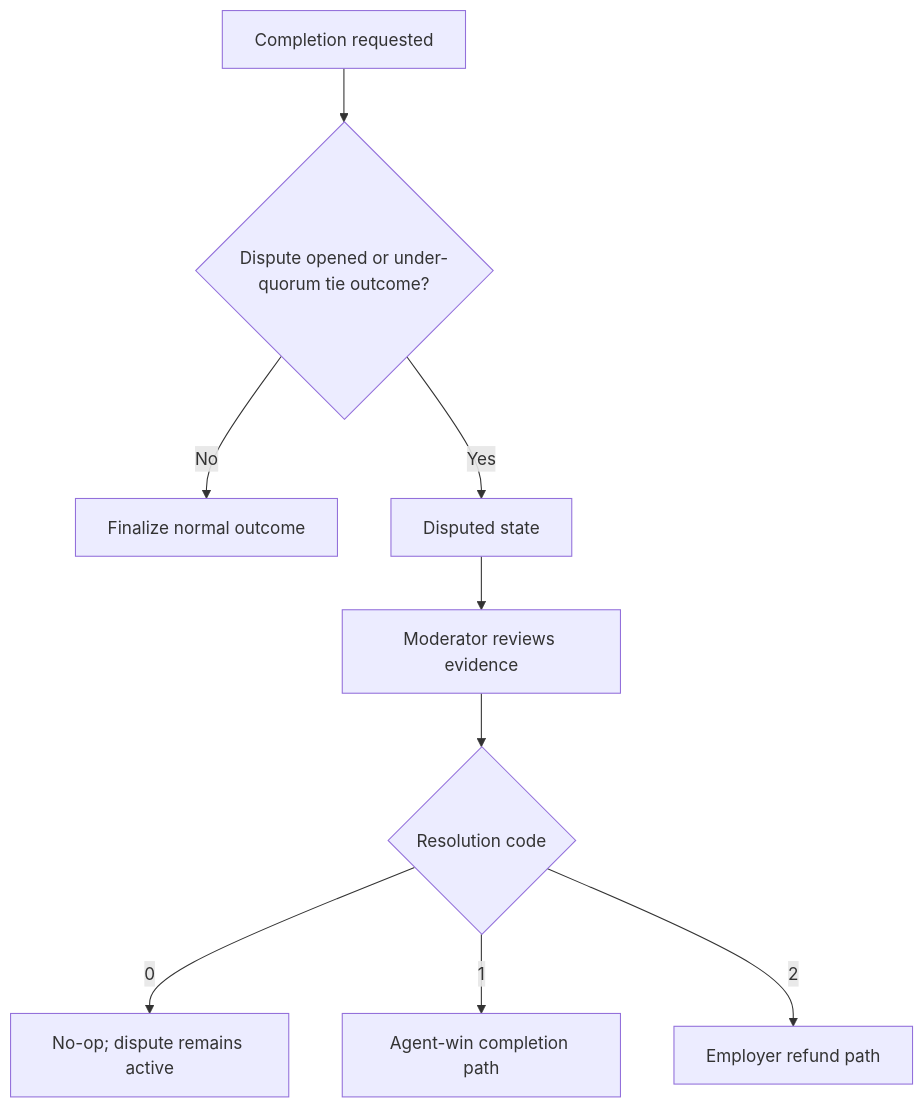
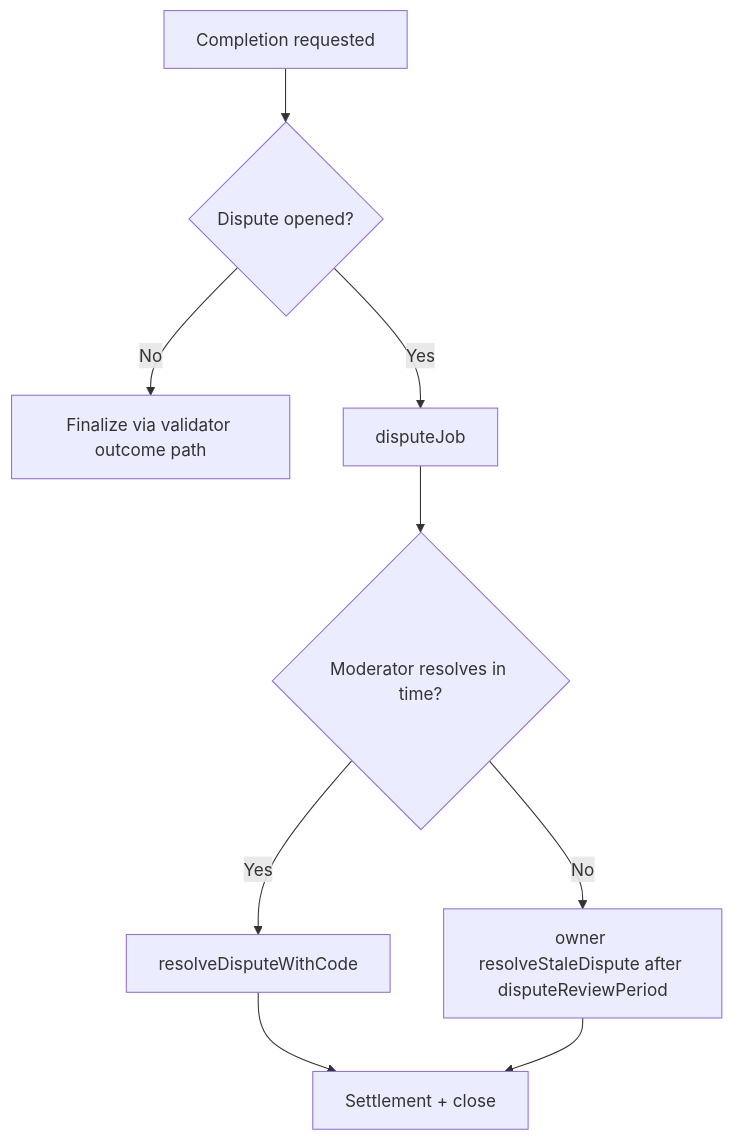
The fourth of 4 diagrams in docs/DEPLOYMENT/OWNER_MAINNET_DEPLOYMENT_AND_OPERATIONS_GUIDE.md (MontrealAI/AGIJobManager), drawn with Mermaid before and after one commit. The commit also changed other lines of this file and 1 other file, not shown here.

Commit message:
docs: refresh owner mainnet deployment and operations guide

````diff
--- a/docs/DEPLOYMENT/OWNER_MAINNET_DEPLOYMENT_AND_OPERATIONS_GUIDE.md
+++ b/docs/DEPLOYMENT/OWNER_MAINNET_DEPLOYMENT_AND_OPERATIONS_GUIDE.md
@@ -331,11 +447,11 @@
 ```mermaid
 flowchart TD
-  A[Completion requested] --> B{Dispute opened or under-quorum tie outcome?}
-  B -->|No| C[Finalize normal outcome]
-  B -->|Yes| D[Disputed state]
-  D --> E[Moderator reviews evidence]
-  E --> F{Resolution code}
-  F -->|0| G[No-op; dispute remains active]
-  F -->|1| H[Agent-win completion path]
-  F -->|2| I[Employer refund path]
+    A[Completion requested] --> B{Dispute opened?}
+    B -->|No| C[Finalize via validator outcome path]
+    B -->|Yes| D[disputeJob]
+    D --> E{Moderator resolves in time?}
+    E -->|Yes| F[resolveDisputeWithCode]
+    E -->|No| G[owner resolveStaleDispute after disputeReviewPeriod]
+    F --> H[Settlement + close]
+    G --> H
 ```
````
